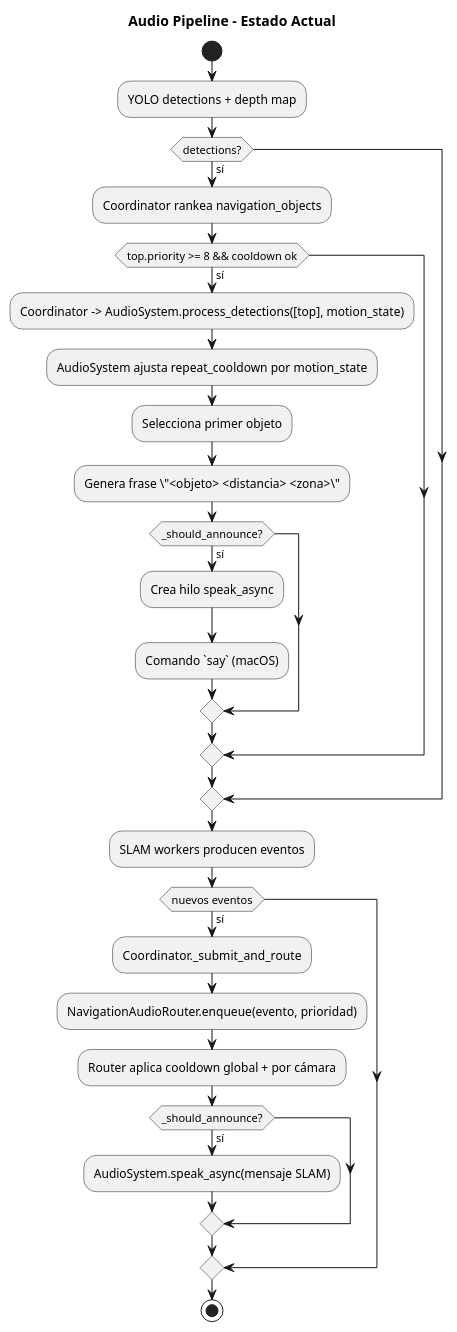
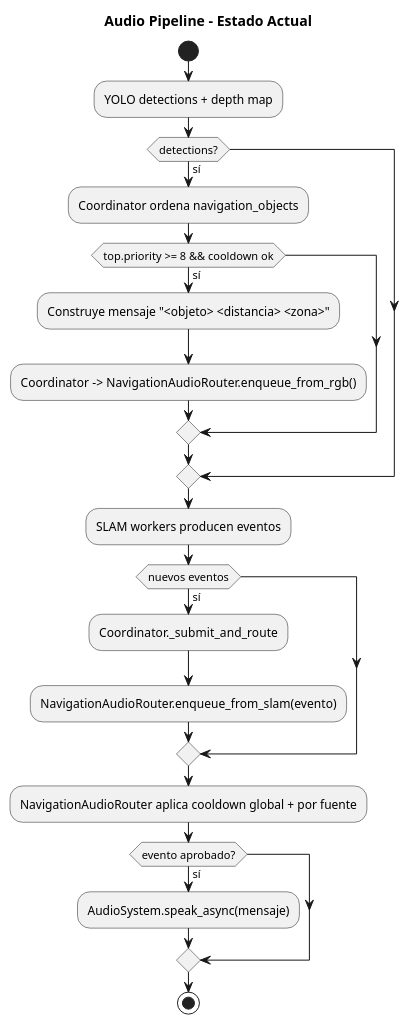
Before and after one commit to robertteleng/aria-nav: the diagram in docs/diagrams/uml/final/x2.puml, drawn with PlantUML. The commit also changed 5 other files, not shown here.

Commit message:
divide audio engine vs audio router

```diff
--- a/docs/diagrams/uml/final/x2.puml
+++ b/docs/diagrams/uml/final/x2.puml
@@ -1,30 +1,25 @@
 @startuml
 title Audio Pipeline - Estado Actual
 
 start
 :YOLO detections + depth map;
 if (detections?) then (sí)
-  :Coordinator rankea navigation_objects;
+  :Coordinator ordena navigation_objects;
   if (top.priority >= 8 && cooldown ok) then (sí)
-    :Coordinator -> AudioSystem.process_detections([top], motion_state);
-    :AudioSystem ajusta repeat_cooldown por motion_state;
-    :Selecciona primer objeto;
-    :Genera frase \"<objeto> <distancia> <zona>\";
-    if (_should_announce?) then (sí)
-      :Crea hilo speak_async;
-      :Comando `say` (macOS);
-    endif
+    :Construye mensaje "<objeto> <distancia> <zona>";
+    :Coordinator -> NavigationAudioRouter.enqueue_from_rgb();
   endif
 endif
 
 :SLAM workers producen eventos;
 if (nuevos eventos) then (sí)
   :Coordinator._submit_and_route;
-  :NavigationAudioRouter.enqueue(evento, prioridad);
-  :Router aplica cooldown global + por cámara;
-  if (_should_announce?) then (sí)
-    :AudioSystem.speak_async(mensaje SLAM);
-  endif
+  :NavigationAudioRouter.enqueue_from_slam(evento);
+endif
+
+:NavigationAudioRouter aplica cooldown global + por fuente;
+if (evento aprobado?) then (sí)
+  :AudioSystem.speak_async(mensaje);
 endif
 stop
 @enduml
```
